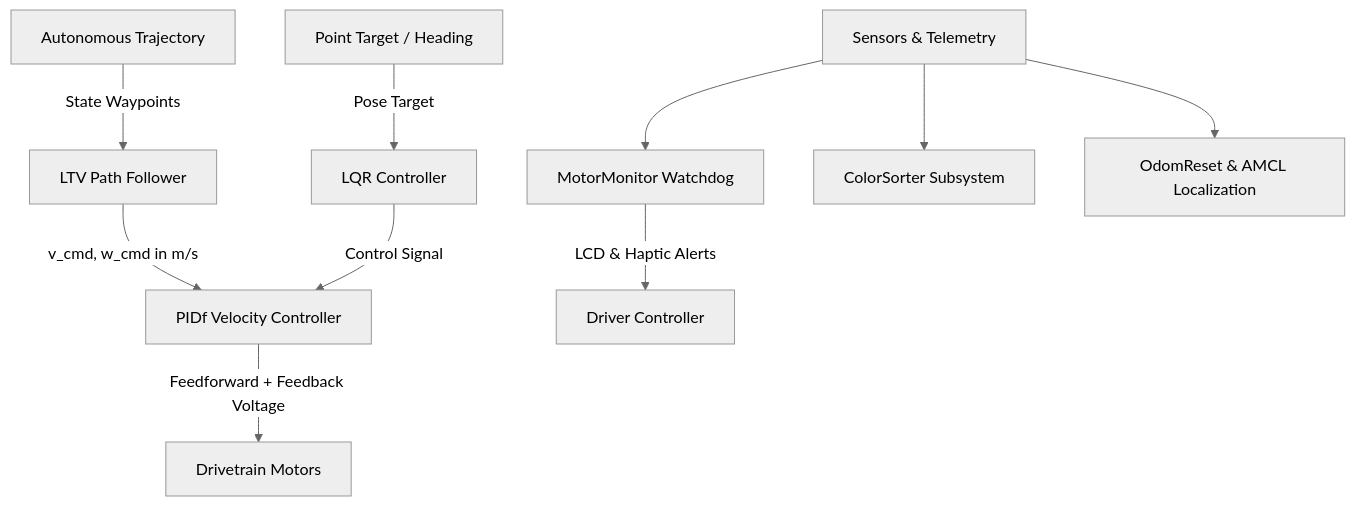
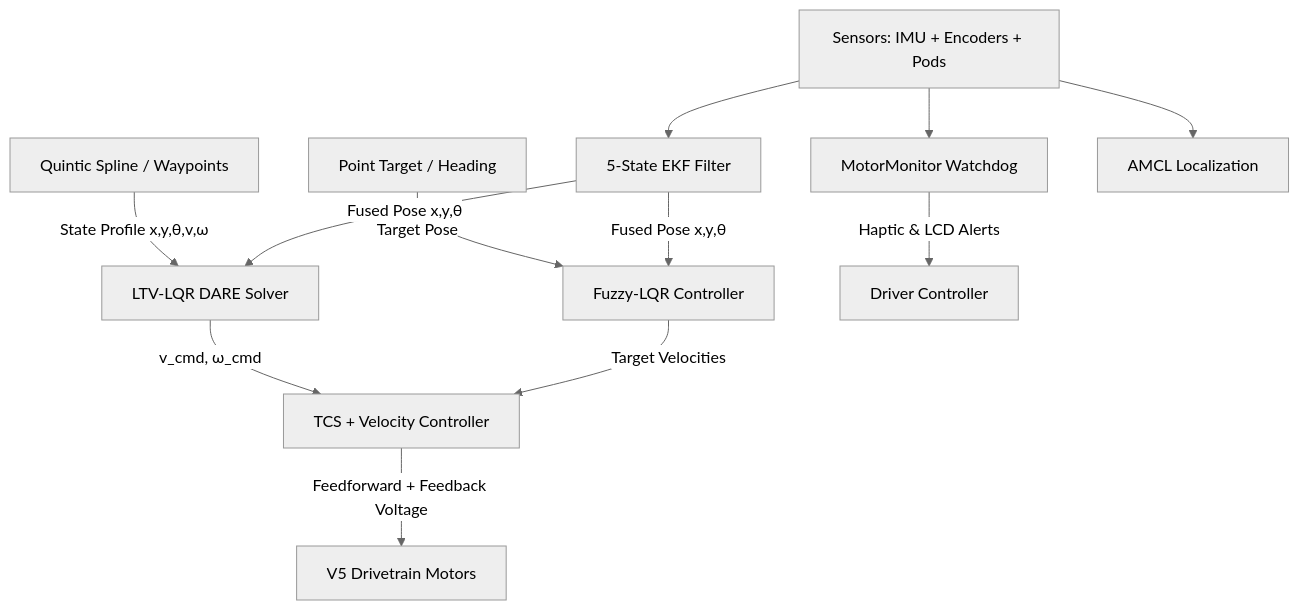
Before and after one commit to zhonibek/Nationals: the diagram in README.md, drawn with Mermaid (neutral theme). The commit also changed other lines of this file and 1 other file, not shown here.

````diff
--- a/README.md
+++ b/README.md
@@ -47,16 +46,18 @@
 ```mermaid
 graph TD
-    A[Autonomous Trajectory] -->|State Waypoints| B[LTV Path Follower]
-    C[Point Target / Heading] -->|Pose Target| D[LQR Controller]
+    A[Quintic Spline / Waypoints] -->|State Profile x,y,θ,v,ω| B[LTV-LQR DARE Solver]
+    C[Point Target / Heading] -->|Target Pose| D[Fuzzy-LQR Controller]
     
-    B -->|v_cmd, w_cmd in m/s| E[PIDf Velocity Controller]
-    D -->|Control Signal| E
+    B -->|v_cmd, ω_cmd| E[TCS + Velocity Controller]
+    D -->|Target Velocities| E
     
-    E -->|Feedforward + Feedback Voltage| F[Drivetrain Motors]
+    E -->|Feedforward + Feedback Voltage| F[V5 Drivetrain Motors]
     
-    G[Sensors & Telemetry] --> H[MotorMonitor Watchdog]
-    G --> I[ColorSorter Subsystem]
-    G --> J[OdomReset & AMCL Localization]
+    G[Sensors: IMU + Encoders + Pods] --> H[5-State EKF Filter]
+    G --> I[MotorMonitor Watchdog]
+    G --> J[AMCL Localization]
     
-    H -->|LCD & Haptic Alerts| K[Driver Controller]
+    H -->|Fused Pose x,y,θ| B
+    H -->|Fused Pose x,y,θ| D
+    I -->|Haptic & LCD Alerts| K[Driver Controller]
 ```
````
